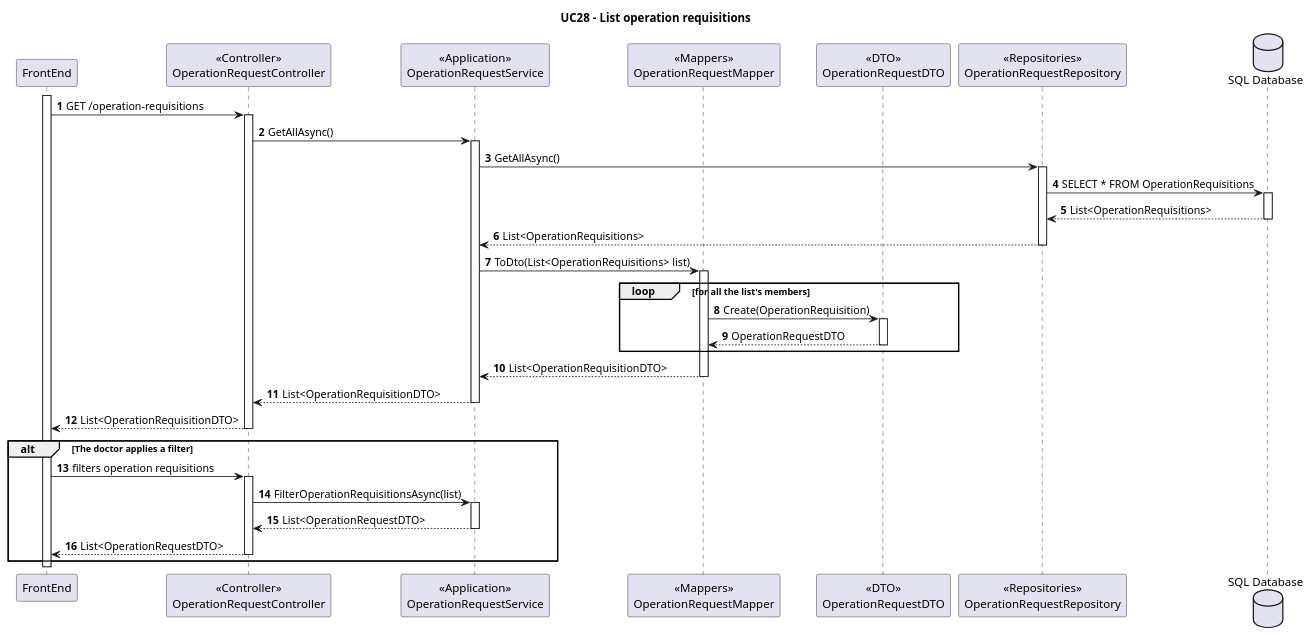
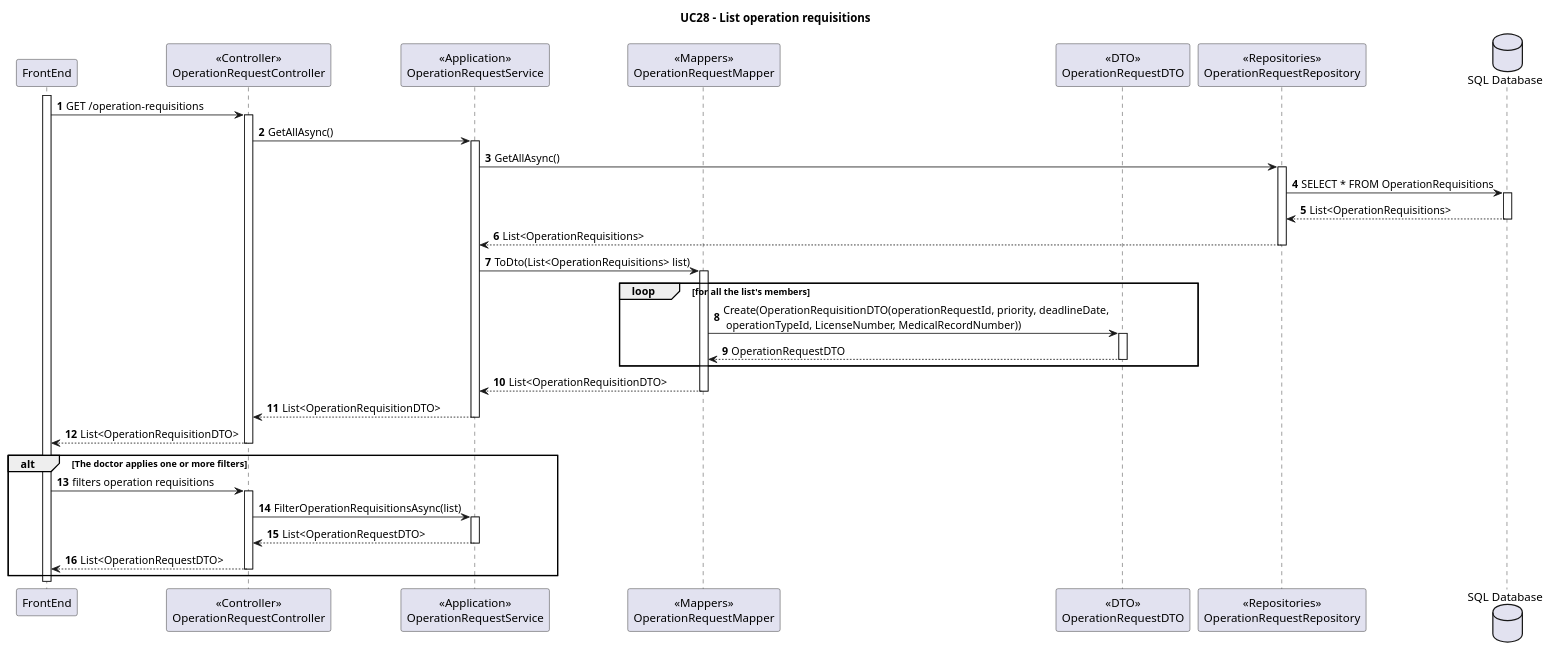
Before and after one commit to MiguelCardoso77/SurgicalSync-BackEnd: the diagram in Wiki/SprintA/diagrams/use-cases/28-list-operation-requisitions/level3/backend-process-view.puml, drawn with PlantUML. The commit also changed 3 other files, not shown here.

```diff
--- a/Wiki/SprintA/diagrams/use-cases/28-list-operation-requisitions/level3/backend-process-view.puml
+++ b/Wiki/SprintA/diagrams/use-cases/28-list-operation-requisitions/level3/backend-process-view.puml
@@ -1,90 +1,90 @@
 @startuml
 autonumber
 
 Title "UC28 - List operation requisitions"
 
 participant "FrontEnd" as FE
 participant "<<Controller>>\nOperationRequestController" as C
 participant "<<Application>>\nOperationRequestService" as S
 participant "<<Mappers>>\nOperationRequestMapper" as M
 participant "<<DTO>>\nOperationRequestDTO" as DTO
 participant "<<Repositories>>\nOperationRequestRepository" as R
 database "SQL Database" as SQL
 
 activate FE
 
 FE -> C : GET /operation-requisitions
 
     activate C
     
     C -> S : GetAllAsync()
     
     activate S
     
     S -> R : GetAllAsync()
     
     activate R
     
     R -> SQL : SELECT * FROM OperationRequisitions
     
     activate SQL
     
     SQL --> R : List<OperationRequisitions>
     
     deactivate SQL
     
     R --> S : List<OperationRequisitions>
     
     deactivate R
     
     S -> M : ToDto(List<OperationRequisitions> list)
     
     activate M
     
     loop for all the list's members
     
-    M -> DTO : Create(OperationRequisition)
+    M -> DTO : Create(OperationRequisitionDTO(operationRequestId, priority, deadlineDate,\n operationTypeId, LicenseNumber, MedicalRecordNumber))
     
     activate DTO
     
     DTO --> M : OperationRequestDTO
     
     deactivate DTO
     
     end
     
     M --> S : List<OperationRequisitionDTO>
     
     deactivate M 
     
     S --> C : List<OperationRequisitionDTO>
     
     deactivate S
     
     C --> FE : List<OperationRequisitionDTO>
     
     deactivate C 
     
-    alt The doctor applies a filter
+    alt The doctor applies one or more filters
     
     FE -> C : filters operation requisitions
     
     activate C
     
     C -> S : FilterOperationRequisitionsAsync(list)
     
     activate S
     
     S --> C : List<OperationRequestDTO>
     
     deactivate S 
     
     C --> FE : List<OperationRequestDTO>
     
     deactivate C 
     
     end 
     
 deactivate FE 
 
 @enduml
```
